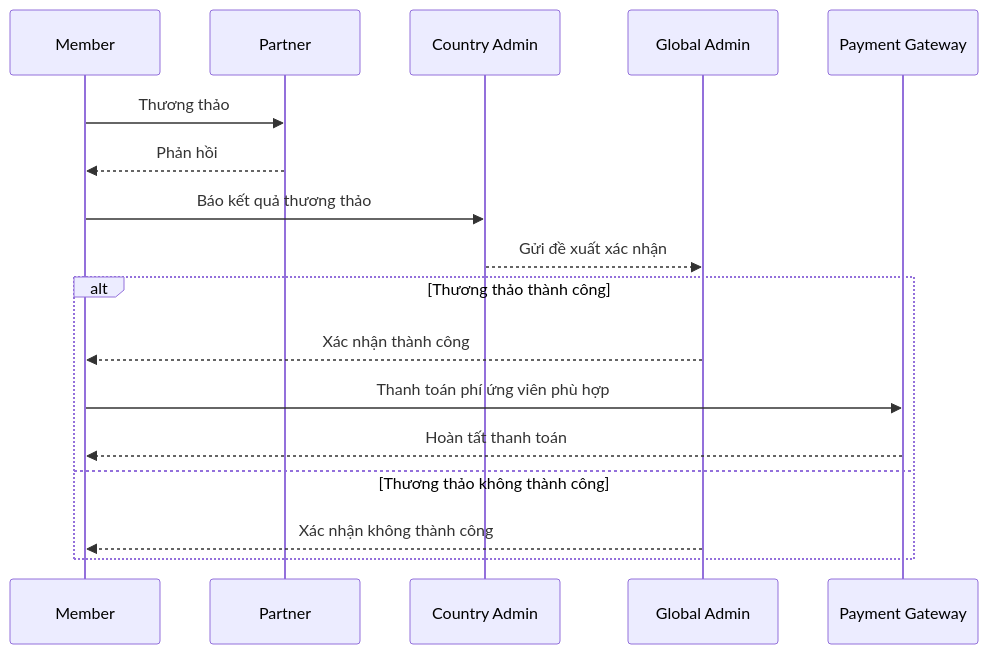
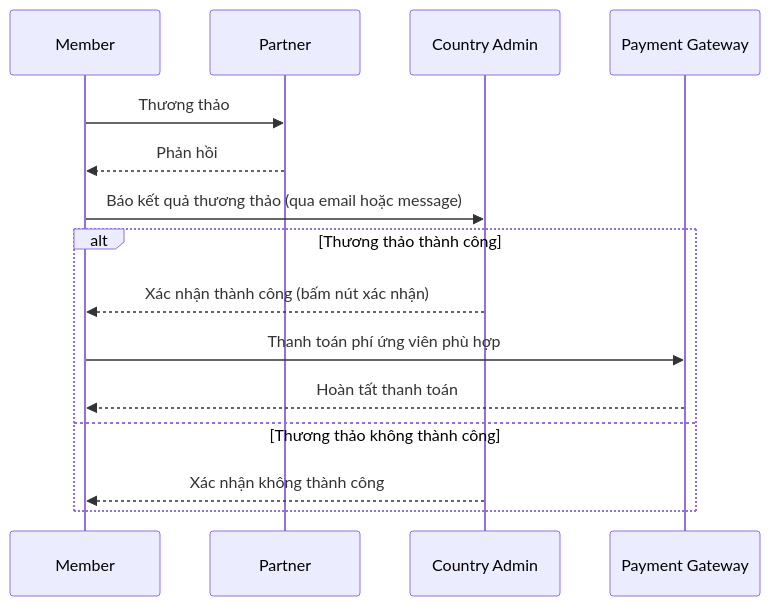
One commit to yopaz-tuanta/aloha-mermaid changed the diagram in pay_vi.mmd. Above: the diagram before and after it, drawn with Mermaid. The commit also changed 3 other files, not shown here.

```diff
--- a/pay_vi.mmd
+++ b/pay_vi.mmd
@@ -1,20 +1,18 @@
 sequenceDiagram
     participant M as Member
     participant P as Partner
     participant CA as Country Admin
-    participant GA as Global Admin
     participant Pay as Payment Gateway
 
     M->>P: Thương thảo
     P-->>M: Phản hồi
 
-    M->>CA: Báo kết quả thương thảo
-    CA-->>GA: Gửi đề xuất xác nhận
+    M->>CA: Báo kết quả thương thảo (qua email hoặc message)
 
     alt Thương thảo thành công
-        GA-->>M: Xác nhận thành công
+        CA-->>M: Xác nhận thành công (bấm nút xác nhận)
         M->>Pay: Thanh toán phí ứng viên phù hợp
         Pay-->>M: Hoàn tất thanh toán
     else Thương thảo không thành công
-        GA-->>M: Xác nhận không thành công
+        CA-->>M: Xác nhận không thành công
     end
```
